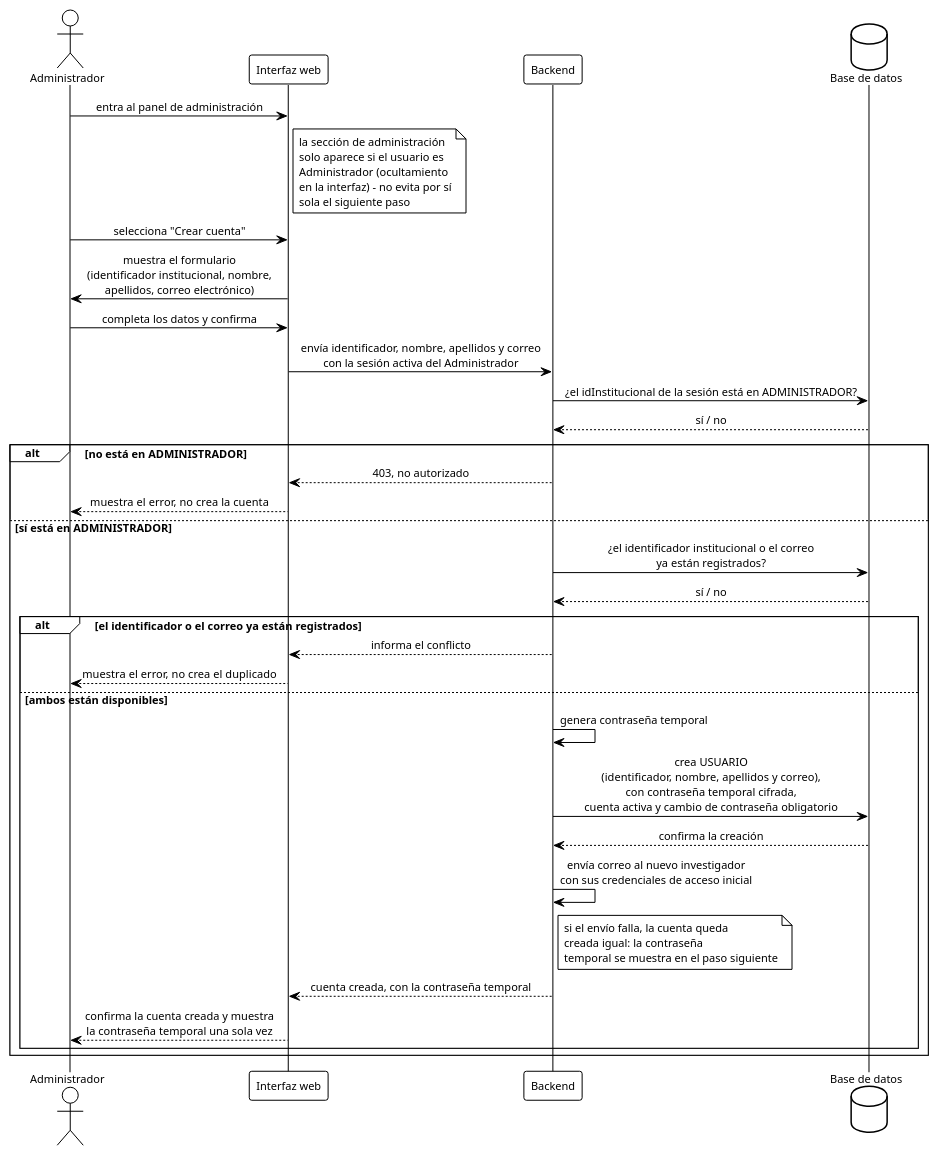
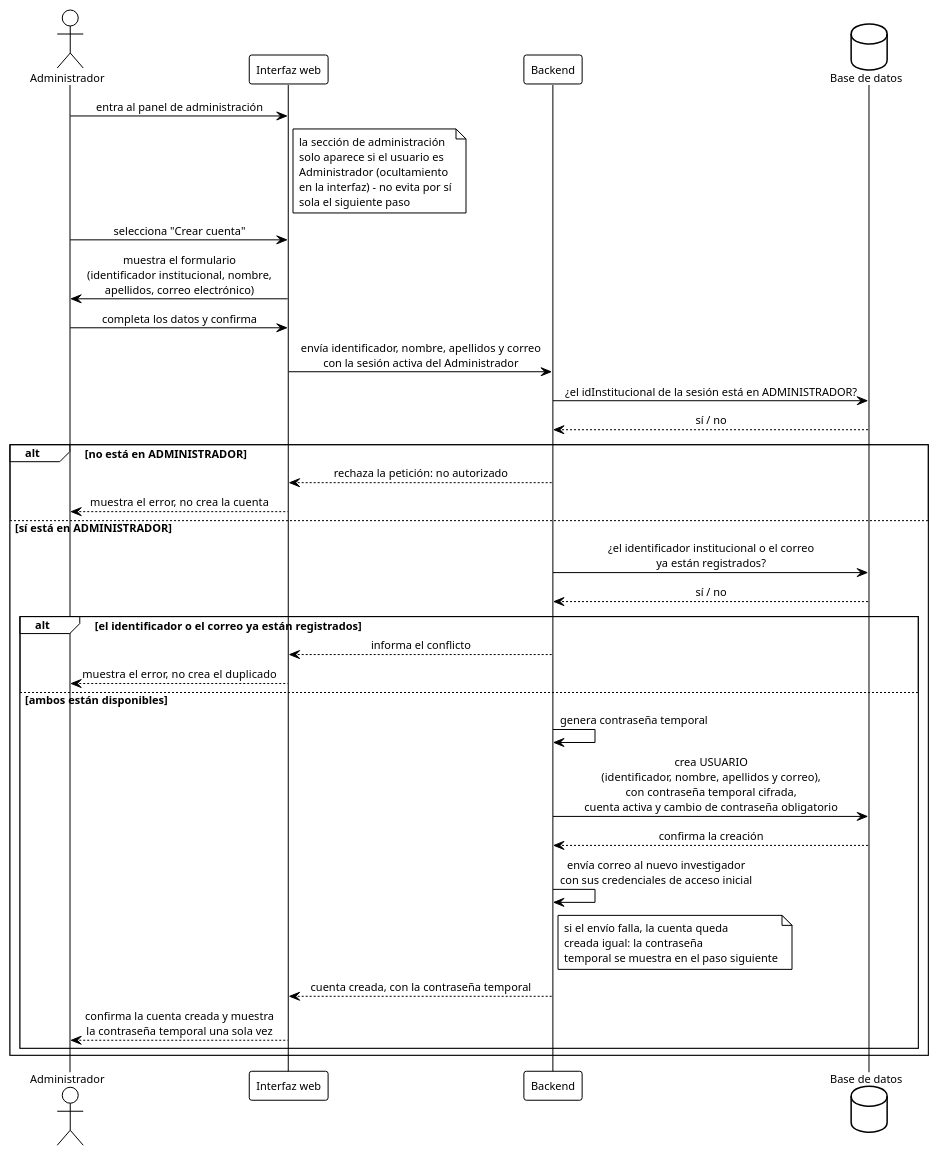
One commit to ErickJester/fst-ai-system-latex changed the diagram in diagramas/seq_crear_cuenta.puml. Above: the diagram before and after it, drawn with PlantUML. The commit also changed 33 other files, not shown here.

```diff
--- a/diagramas/seq_crear_cuenta.puml
+++ b/diagramas/seq_crear_cuenta.puml
@@ -1,97 +1,97 @@
 @startuml seq_crear_cuenta
 ' ================================================================
 '  Secuencia - Crear cuenta de usuario (CU-12), con verificacion
 '  de rol (D-12) y contraseña temporal obligatoria (D-25)
 '  Base de datos FST | TT 2026-B066 | ESCOM-IPN
 '  Frausto Robles Angel Ali . Rodriguez Verdin Sandoval Vanesa
 ' ----------------------------------------------------------------
 '  Reemplaza a diagramas/seq_registro.png. Ese diagrama viejo no
 '  tenia ningun paso de verificacion de rol -- confiaba en que el
 '  frontend escondiera el boton de "Crear cuenta". D-12 (13-sep)
 '  exige las dos cosas: esconder EN LA INTERFAZ y ademas verificar
 '  el rol EN EL BACKEND antes de ejecutar la accion, sin importar
 '  por donde llegue la peticion.
 '
 '  Cubre CU-12 "Crear cuenta de usuario" (RF-05, RF-07).
 '
 '  Cambios deliberados contra CU-12 tal como esta escrito hoy en
 '  chapters/05_diseno.tex:1739 (no se toca ese .tex en esta sesion,
 '  solo se deja registrado aqui por que el diagrama no lo sigue):
 '    - El paso 2 de CU-12 dice que el formulario pide un campo
 '      "rol". Eso ya no es correcto contra D-08: USUARIO no tiene
 '      columna rol, y ADMINISTRADOR es una tabla aparte que no se
 '      crea desde este caso de uso. Este diagrama omite ese campo.
 '    - Se agrega el paso de verificacion de rol que CU-12 no
 '      describe (el hueco que marcaba COMPARATIVA-FIGURAS-CAP5.md
 '      para esta figura).
 '
 '  D-38 (3-oct, corregido 4-oct): el formulario pide identificador
 '  institucional, nombre, apellidos y correo; el backend rechaza el
 '  alta si el identificador o el correo ya existen. La contraseña
 '  temporal la genera el sistema (no la escribe el Administrador),
 '  igual que en CU-12 y en el mockup v2 de administracion.
 '
 '  D-25 (15-sep): la cuenta se crea con cambioRequerido = true, asi
 '  el login (fuera de este diagrama) sabe que debe forzar el
 '  cambio de contraseña en el primer ingreso.
 '
 '  Generar:
 '      java -jar plantuml.jar -tpng diagramas/seq_crear_cuenta.puml
 ' ================================================================
 
 !theme plain
 skinparam defaultFontName Arial
 skinparam defaultFontSize 11
 skinparam shadowing false
 skinparam sequenceMessageAlign center
 skinparam BoxPadding 10
 
 actor Administrador as admin
 participant "Interfaz web" as ui
 participant Backend as api
 database "Base de datos" as db
 
 admin -> ui: entra al panel de administración
 note right of ui
   la sección de administración
   solo aparece si el usuario es
   Administrador (ocultamiento
   en la interfaz) - no evita por sí
   sola el siguiente paso
 end note
 
 admin -> ui: selecciona "Crear cuenta"
 ui -> admin: muestra el formulario\n(identificador institucional, nombre,\napellidos, correo electrónico)
 
 admin -> ui: completa los datos y confirma
 ui -> api: envía identificador, nombre, apellidos y correo\ncon la sesión activa del Administrador
 
 api -> db: ¿el idInstitucional de la sesión está en ADMINISTRADOR?
 db --> api: sí / no
 
 alt no está en ADMINISTRADOR
-  api --> ui: 403, no autorizado
+  api --> ui: rechaza la petición: no autorizado
   ui --> admin: muestra el error, no crea la cuenta
 else sí está en ADMINISTRADOR
   api -> db: ¿el identificador institucional o el correo\nya están registrados?
   db --> api: sí / no
 
   alt el identificador o el correo ya están registrados
     api --> ui: informa el conflicto
     ui --> admin: muestra el error, no crea el duplicado
   else ambos están disponibles
     api -> api: genera contraseña temporal
     api -> db: crea USUARIO\n(identificador, nombre, apellidos y correo),\ncon contraseña temporal cifrada,\ncuenta activa y cambio de contraseña obligatorio
     db --> api: confirma la creación
     api -> api: envía correo al nuevo investigador\ncon sus credenciales de acceso inicial
     note right of api
       si el envío falla, la cuenta queda
       creada igual: la contraseña
       temporal se muestra en el paso siguiente
     end note
     api --> ui: cuenta creada, con la contraseña temporal
     ui --> admin: confirma la cuenta creada y muestra\nla contraseña temporal una sola vez
   end
 end
 
 @enduml
```
